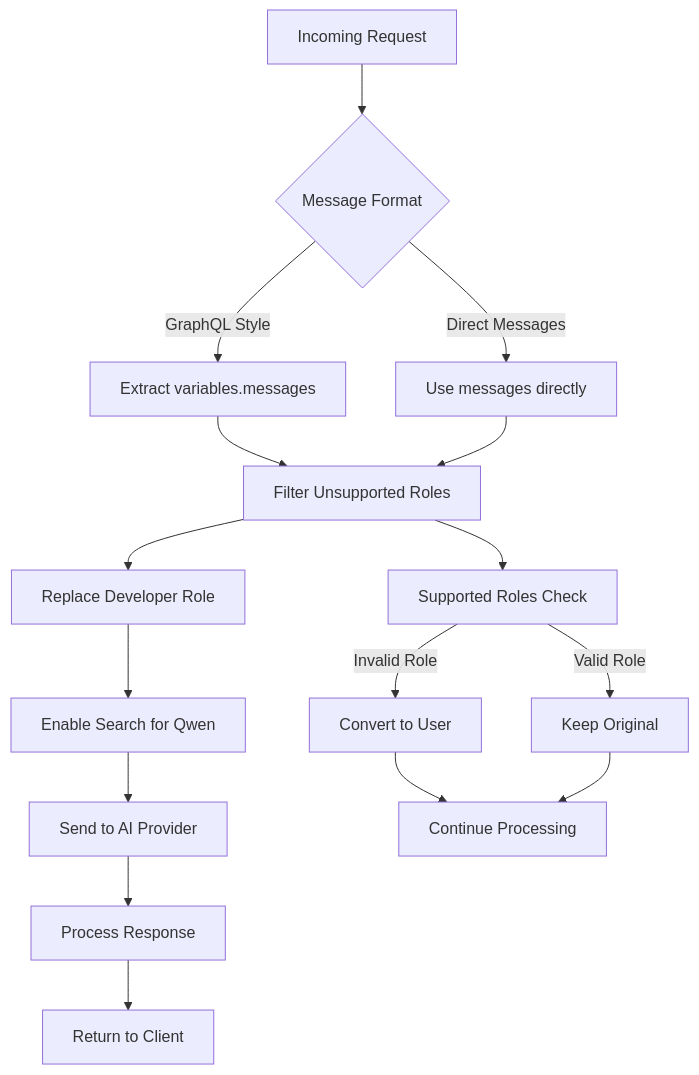
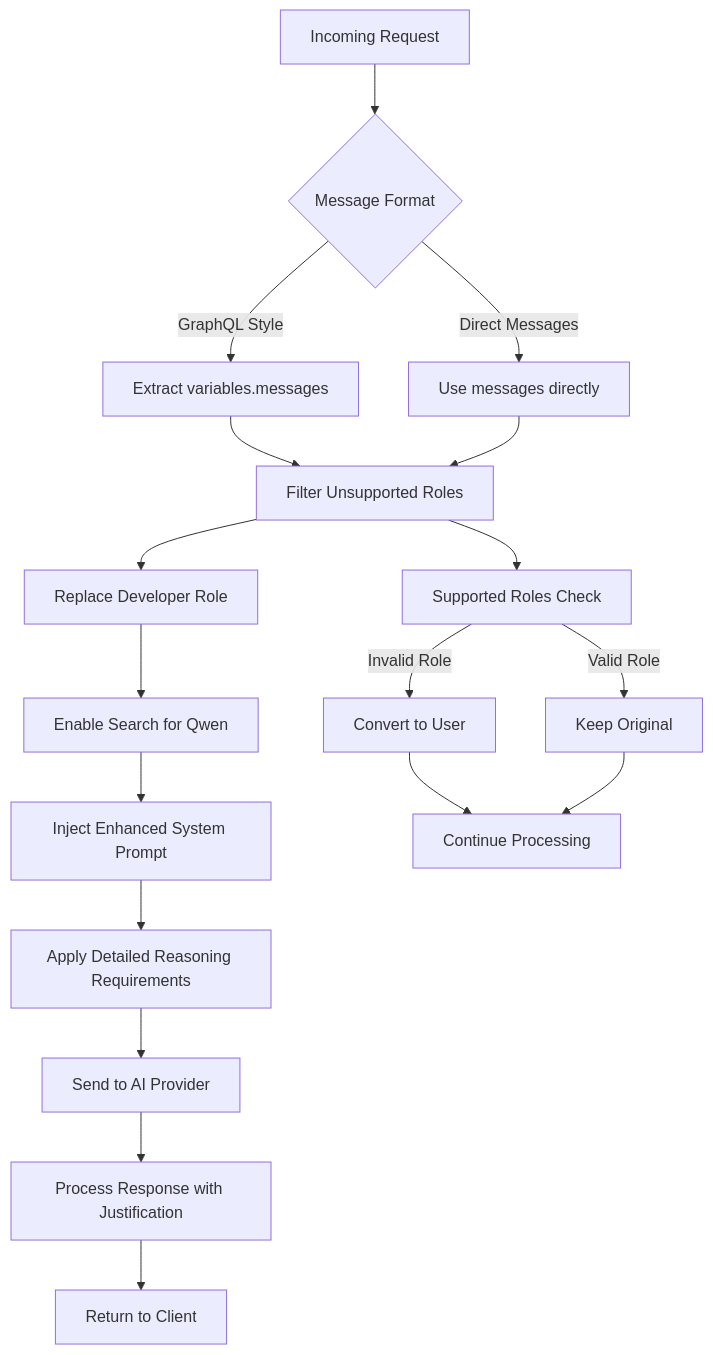
Before and after one commit to peixuanhu/goal-mate: the third of 10 diagrams in .qoder/repowiki/en/content/API Reference/Copilot Integration Endpoints.md, drawn with Mermaid. The commit also changed other lines of this file and 10 other files, not shown here.

````diff
--- a/.qoder/repowiki/en/content/API Reference/Copilot Integration Endpoints.md
+++ b/.qoder/repowiki/en/content/API Reference/Copilot Integration Endpoints.md
@@ -155,18 +176,20 @@
 ```mermaid
 flowchart TD
 A[Incoming Request] --> B{Message Format}
 B --> |GraphQL Style| C[Extract variables.messages]
 B --> |Direct Messages| D[Use messages directly]
 C --> E[Filter Unsupported Roles]
 D --> E
 E --> F[Replace Developer Role]
 F --> G[Enable Search for Qwen]
-G --> H[Send to AI Provider]
-H --> I[Process Response]
-I --> J[Return to Client]
-E --> K[Supported Roles Check]
-K --> |Invalid Role| L[Convert to User]
-K --> |Valid Role| M[Keep Original]
-L --> N[Continue Processing]
-M --> N
+G --> H[Inject Enhanced System Prompt]
+H --> I[Apply Detailed Reasoning Requirements]
+I --> J[Send to AI Provider]
+J --> K[Process Response with Justification]
+K --> L[Return to Client]
+E --> M[Supported Roles Check]
+M --> |Invalid Role| N[Convert to User]
+M --> |Valid Role| O[Keep Original]
+N --> P[Continue Processing]
+O --> P
 ```
````
